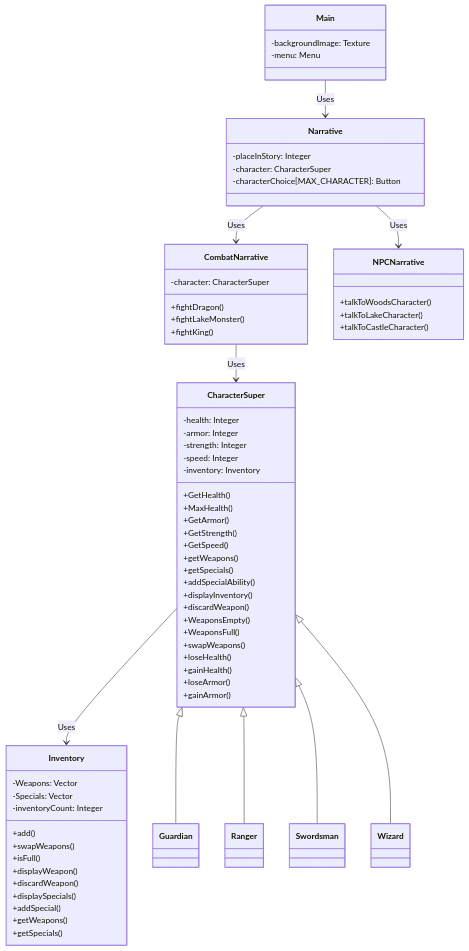
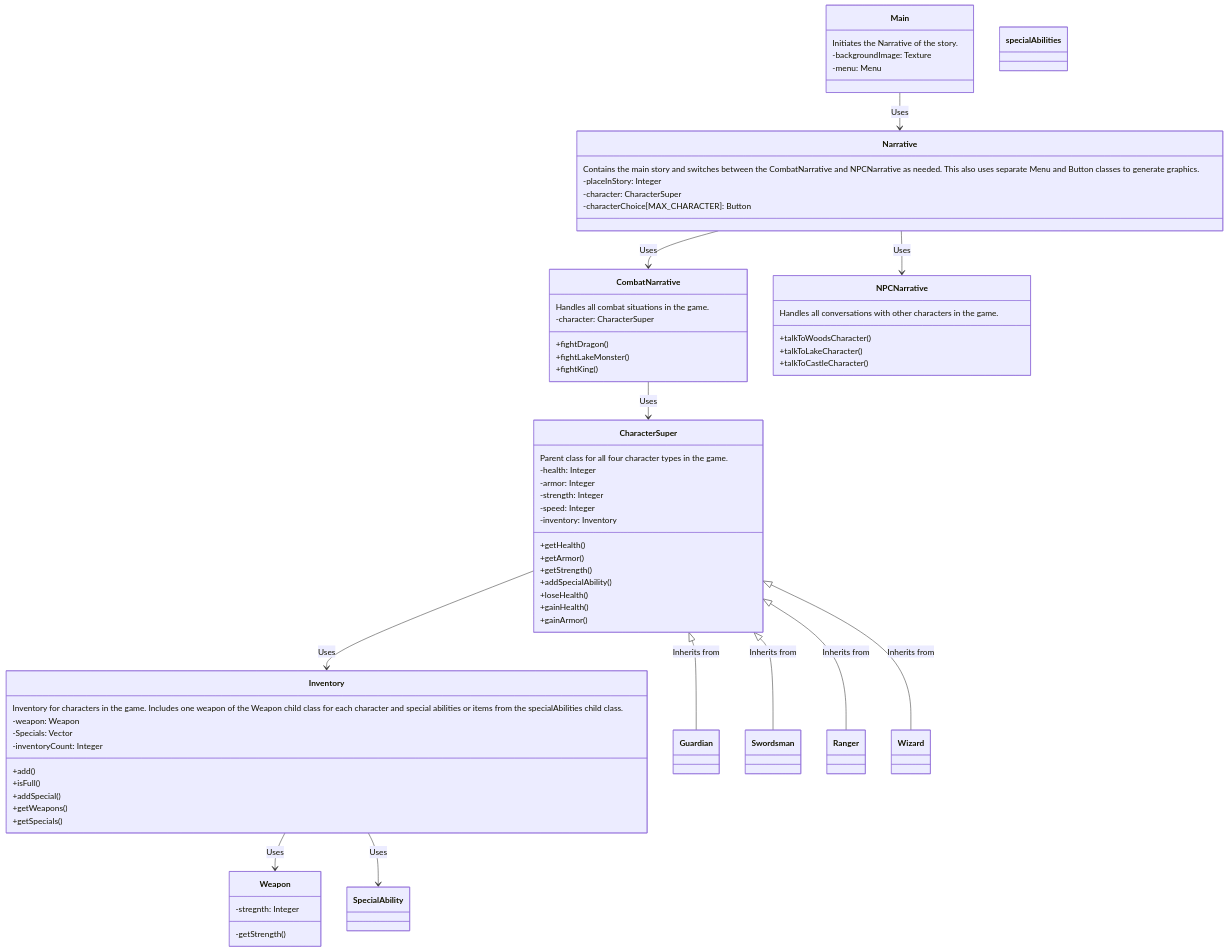
The first of 3 diagrams in README.md (Canada101/sd), drawn with Mermaid before and after one commit. The commit also changed other lines of this file, not shown here.

Commit message:
Update README.md with more compilation details and beginning to update diagrams

````diff
--- a/README.md
+++ b/README.md
@@ -33,12 +33,14 @@
 ```mermaid
   classDiagram
     class Narrative {
+        Contains the main story and switches between the CombatNarrative and NPCNarrative as needed. This also uses separate Menu and Button classes to generate graphics.
         -placeInStory: Integer
         -character: CharacterSuper
         -characterChoice[MAX_CHARACTER]: Button
     }
 
     class CombatNarrative{
+        Handles all combat situations in the game.
         -character: CharacterSuper
         +fightDragon()
         +fightLakeMonster()
@@ -46,53 +48,52 @@
     }
 
     class NPCNarrative{
+        Handles all conversations with other characters in the game.
         +talkToWoodsCharacter()
         +talkToLakeCharacter()
         +talkToCastleCharacter()
     }
 
     class Main{
+        Initiates the Narrative of the story.
         -backgroundImage: Texture
         -menu: Menu
     }
     class CharacterSuper{
+      Parent class for all four character types in the game.
       -health: Integer
       -armor: Integer
       -strength: Integer
       -speed: Integer
       -inventory: Inventory
-      +GetHealth()
-      +MaxHealth()
-      +GetArmor()
-      +GetStrength()
-      +GetSpeed()
-      +getWeapons()
-      +getSpecials()
+      +getHealth()
+      +getArmor()
+      +getStrength()
       +addSpecialAbility()
-      +displayInventory()
-      +discardWeapon()
-      +WeaponsEmpty()
-      +WeaponsFull()
-      +swapWeapons()
       +loseHealth()
       +gainHealth()
-      +loseArmor()
       +gainArmor()
     }
 
     class Inventory{
-        -Weapons: Vector
+       Inventory for characters in the game. Includes one weapon of the Weapon child class for each character and special abilities or items from the specialAbilities child class.
+        -weapon: Weapon
         -Specials: Vector
         -inventoryCount: Integer
         +add()
-        +swapWeapons()
         +isFull()
-        +displayWeapon()
-        +discardWeapon()
-        +displaySpecials()
         +addSpecial()
         +getWeapons()
         +getSpecials()
+    }
+
+    class Weapon{
+        -stregnth: Integer
+        -getStrength()
+    }
+
+    class specialAbilities{
+
     }
 
     class Guardian{
@@ -117,9 +118,11 @@
     Narrative --> NPCNarrative : Uses
     CombatNarrative --> CharacterSuper : Uses
     CharacterSuper --> Inventory : Uses
-    CharacterSuper <|-- Guardian 
-    CharacterSuper <|-- Ranger
-    CharacterSuper <|-- Swordsman
-    CharacterSuper <|-- Wizard
+    CharacterSuper <|-- Guardian : Inherits from
+    CharacterSuper <|-- Ranger : Inherits from
+    CharacterSuper <|-- Swordsman : Inherits from
+    CharacterSuper <|-- Wizard : Inherits from
+    Inventory --> Weapon : Uses
+    Inventory --> SpecialAbility : Uses
 
 ```
````
